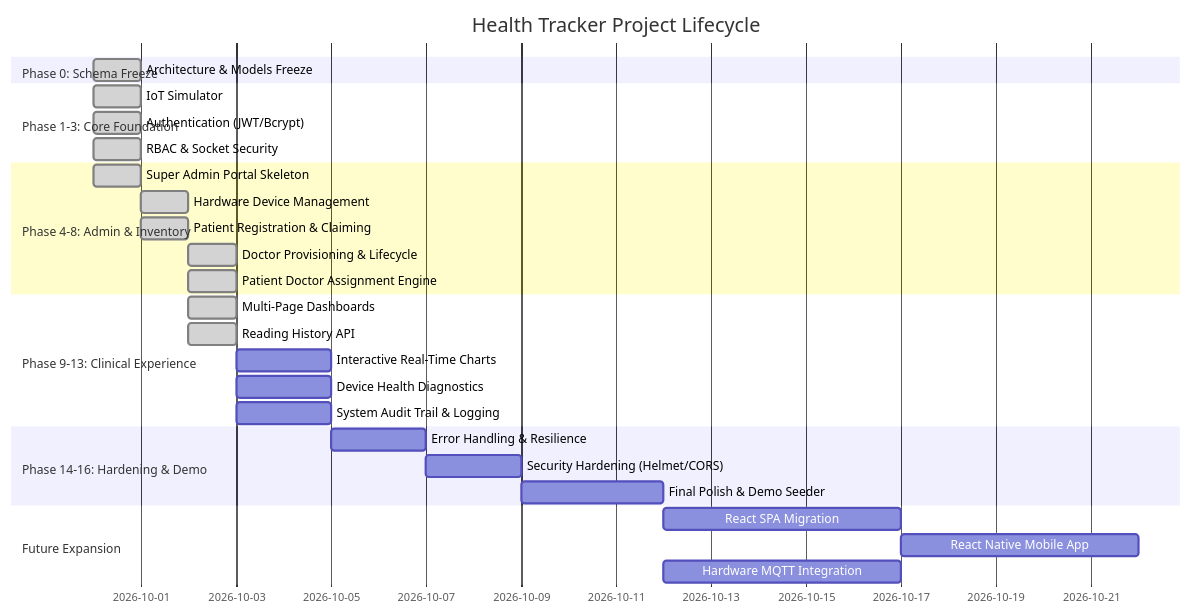
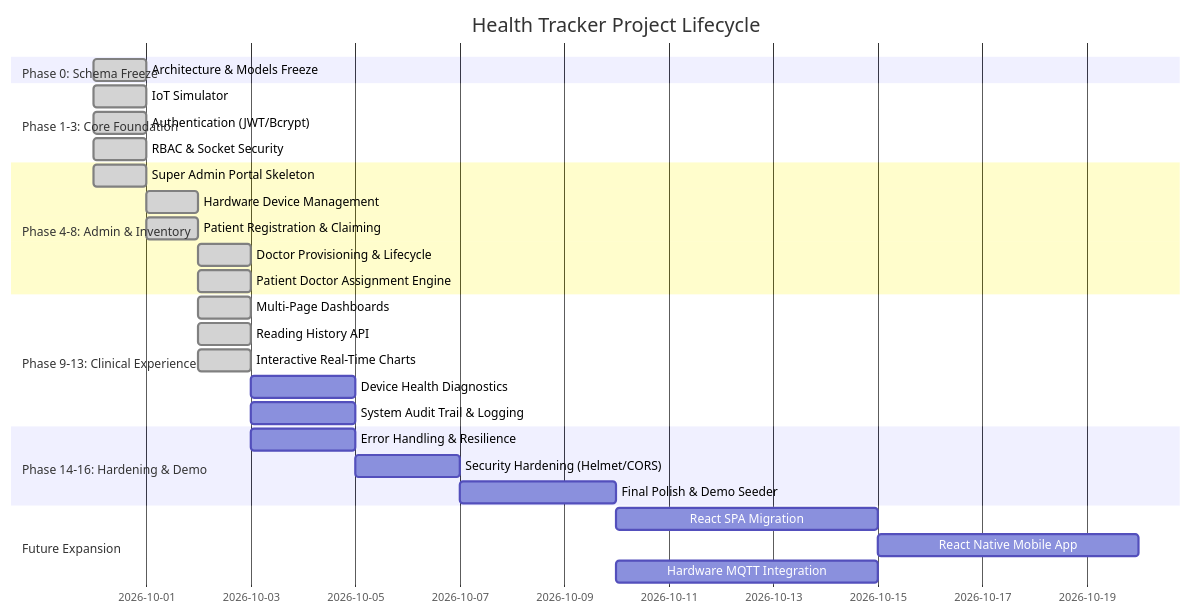
Before and after one commit to Rishi-Dev-pro/med-p: the diagram in doc/HEALTH_TRACKER_PROGRESS.md, drawn with Mermaid. The commit also changed other lines of this file and 13 other files, not shown here.

Commit message:
feat: implement phase 11 charts and time-series visualization

````diff
--- a/doc/HEALTH_TRACKER_PROGRESS.md
+++ b/doc/HEALTH_TRACKER_PROGRESS.md
@@ -24,31 +24,31 @@
 ```mermaid
 gantt
     title Health Tracker Project Lifecycle
     dateFormat  YYYY-MM-DD
     section Phase 0: Schema Freeze
     Architecture & Models Freeze       :done, p0, 2026-09-30, 1d
     section Phase 1-3: Core Foundation
     IoT Simulator                     :done, p1, 2026-09-30, 1d
     Authentication (JWT/Bcrypt)       :done, p2, 2026-09-30, 1d
     RBAC & Socket Security            :done, p3, 2026-09-30, 1d
     section Phase 4-8: Admin & Inventory
     Super Admin Portal Skeleton       :done, p4, 2026-09-30, 1d
     Hardware Device Management        :done, p5, 2026-10-01, 1d
     Patient Registration & Claiming   :done, p6, 2026-10-01, 1d
     Doctor Provisioning & Lifecycle   :done, p7, 2026-10-02, 1d
     Patient Doctor Assignment Engine  :done, p8, 2026-10-02, 1d
     section Phase 9-13: Clinical Experience
     Multi-Page Dashboards             :done, p9, 2026-10-02, 1d
     Reading History API               :done, p10, 2026-10-02, 1d
-    Interactive Real-Time Charts      :p11, after p10, 2d
+    Interactive Real-Time Charts      :done, p11, 2026-10-02, 1d
     Device Health Diagnostics         :p12, after p9, 2d
     System Audit Trail & Logging      :p13, after p8, 2d
     section Phase 14-16: Hardening & Demo
     Error Handling & Resilience       :p14, after p11, 2d
     Security Hardening (Helmet/CORS)  :p15, after p14, 2d
     Final Polish & Demo Seeder        :p16, after p15, 3d
     section Future Expansion
     React SPA Migration               :p17, after p16, 5d
     React Native Mobile App           :p18, after p17, 5d
     Hardware MQTT Integration         :p19, after p16, 5d
 ```
````
